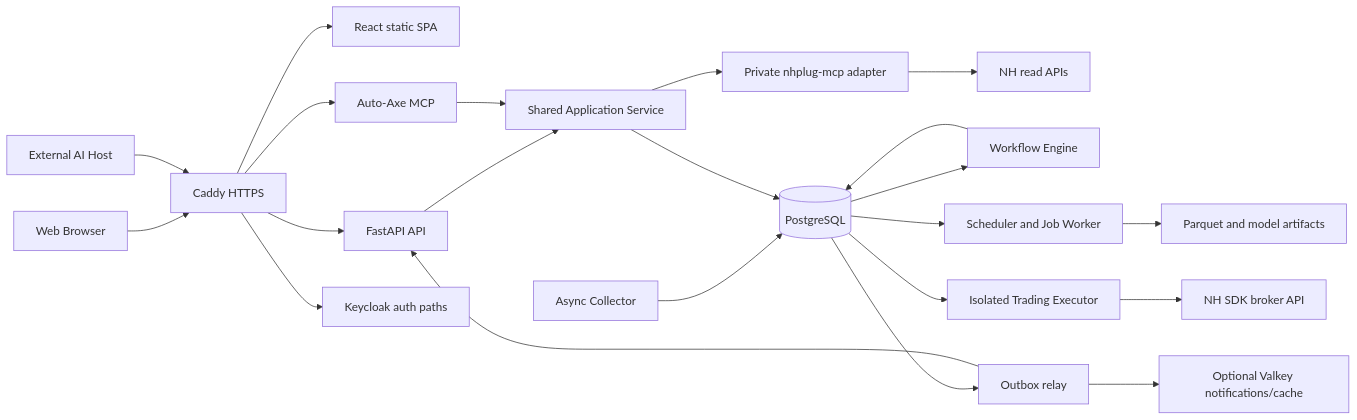
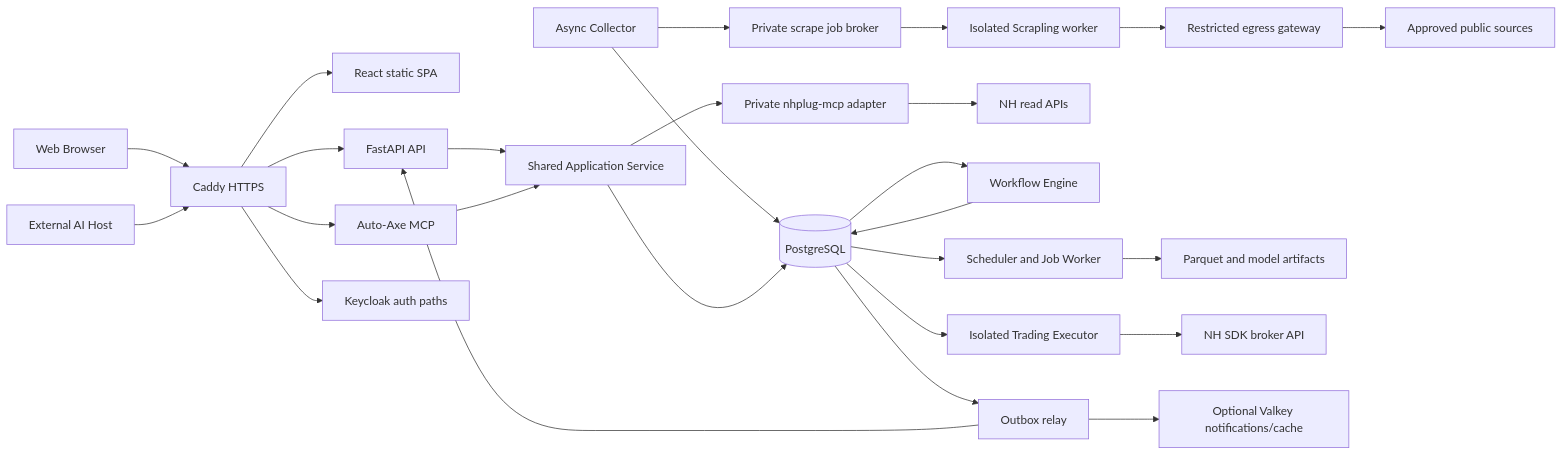
The diagram in docs/tech-stack/architecture.md (ELSAPHABA/Auto-Axe), drawn with Mermaid before and after one commit. The commit also changed other lines of this file and 14 other files, not shown here.

Commit message:
docs: adopt Scrapling and define platform security architecture

````diff
--- a/docs/tech-stack/architecture.md
+++ b/docs/tech-stack/architecture.md
@@ -7,24 +7,28 @@
 ```mermaid
 flowchart LR
   U[Web Browser] --> P[Caddy HTTPS]
   H[External AI Host] --> P
   P --> WEB[React static SPA]
   P --> API[FastAPI API]
   P --> MCP[Auto-Axe MCP]
   P --> IDP[Keycloak auth paths]
   API --> S[Shared Application Service]
   MCP --> S
   C[Async Collector] --> DB[(PostgreSQL)]
+  C --> SB[Private scrape job broker]
+  SB --> SW[Isolated Scrapling worker]
+  SW --> EG[Restricted egress gateway]
+  EG --> PUB[Approved public sources]
   S --> DB
   S --> NH[Private nhplug-mcp adapter]
   NH --> N[NH read APIs]
   DB --> W[Workflow Engine]
   DB --> J[Scheduler and Job Worker]
   J --> A[Parquet and model artifacts]
   W --> DB
   DB --> E[Isolated Trading Executor]
   E --> B[NH SDK broker API]
   DB --> F[Outbox relay]
   F --> V[Optional Valkey notifications/cache]
   F --> API
 ```
````
